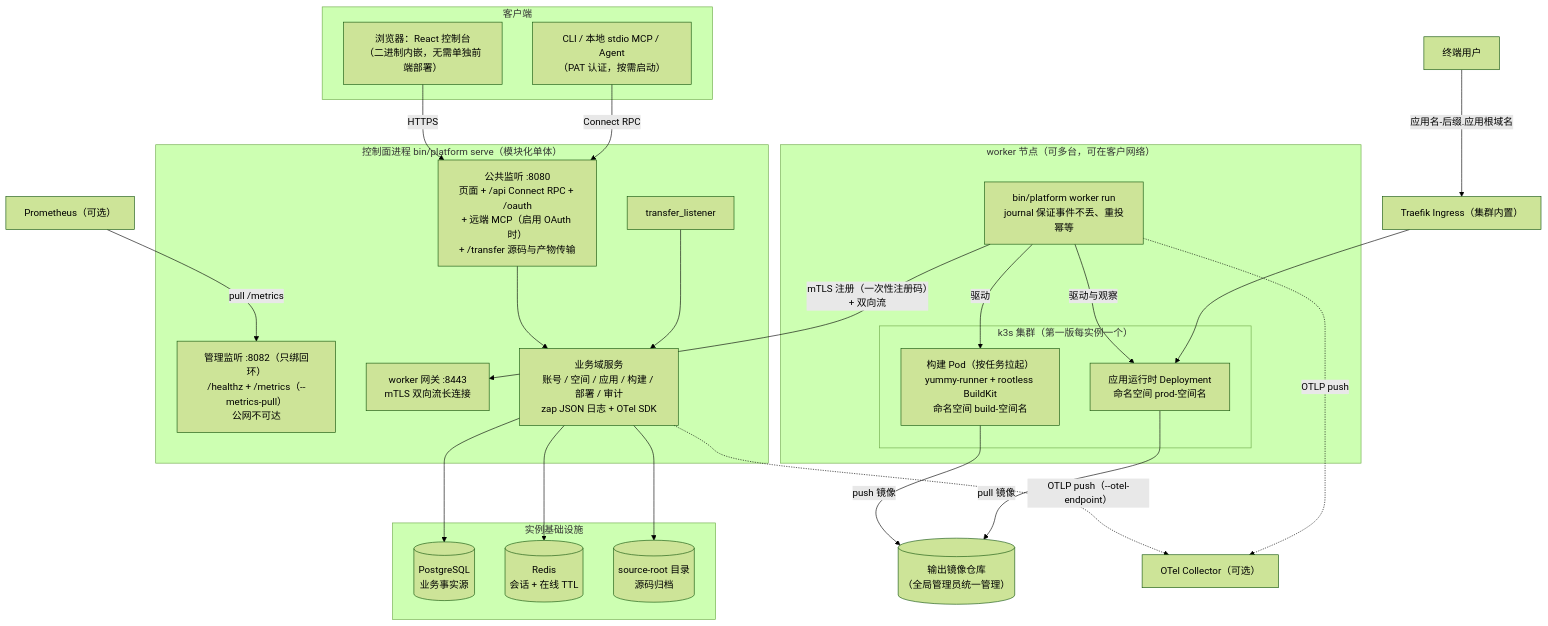
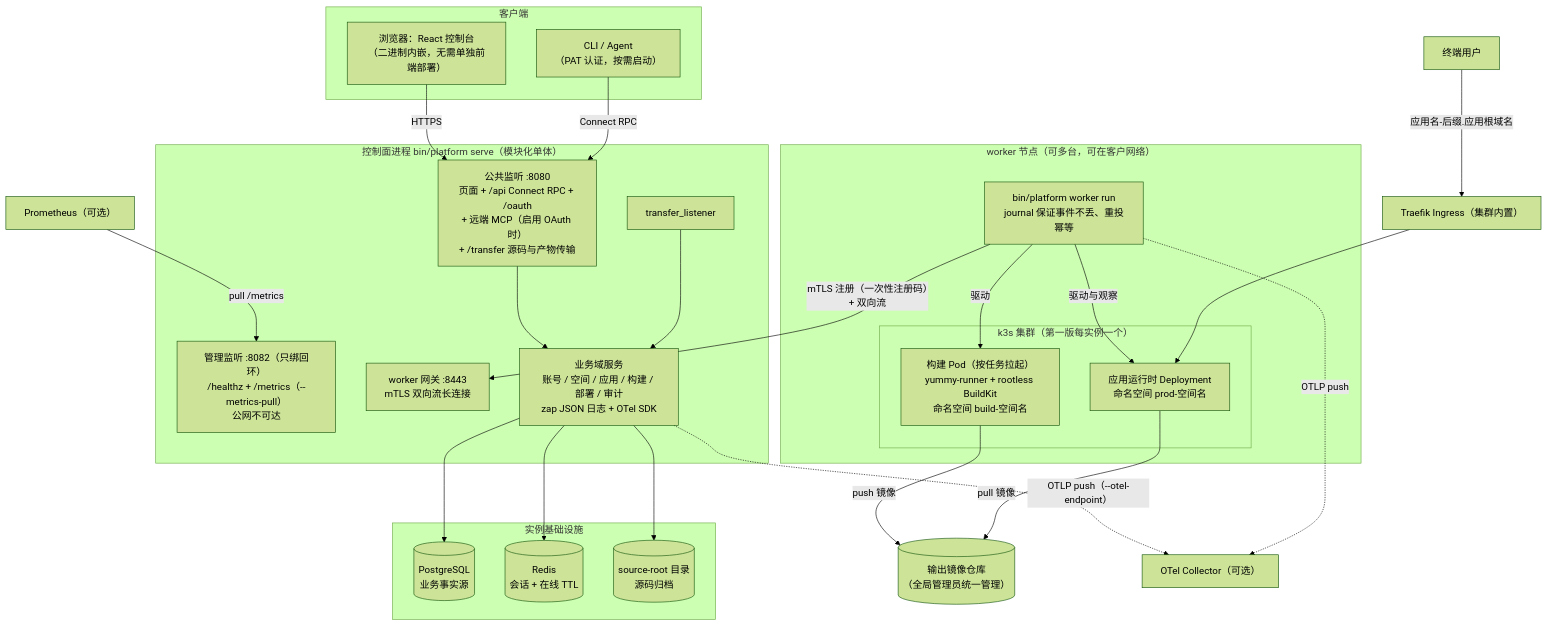
One commit to sunshanpeng/yummy changed the first of 2 diagrams in docs/architecture.md. Above: the diagram before and after it, drawn with Mermaid (forest theme). The commit also changed other lines of this file and 7 other files, not shown here.

First line of the commit message:
refactor: 退役本地 stdio MCP——Agent 接入收敛为 CLI 与远程 Streamable HTTP 二选一

````diff
--- a/docs/architecture.md
+++ b/docs/architecture.md
@@ -7,51 +7,51 @@
 ```mermaid
 flowchart TB
     subgraph clients["客户端"]
         browser["浏览器：React 控制台<br/>（二进制内嵌，无需单独前端部署）"]
-        agent["CLI / 本地 stdio MCP / Agent<br/>（PAT 认证，按需启动）"]
+        agent["CLI / Agent<br/>（PAT 认证，按需启动）"]
     end
 
     subgraph control["控制面进程 bin/platform serve（模块化单体）"]
         public_listener["公共监听 :8080<br/>页面 + /api Connect RPC + /oauth<br/>+ 远端 MCP（启用 OAuth 时）<br/>+ /transfer 源码与产物传输"]
         admin_listener["管理监听 :8082（只绑回环）<br/>/healthz + /metrics（--metrics-pull）<br/>公网不可达"]
         worker_listener["worker 网关 :8443<br/>mTLS 双向流长连接"]
         services["业务域服务<br/>账号 / 空间 / 应用 / 构建 / 部署 / 审计<br/>zap JSON 日志 + OTel SDK"]
         public_listener --> services
         transfer_listener --> services
     end
 
     subgraph instance_infra["实例基础设施"]
         pg[("PostgreSQL<br/>业务事实源")]
         redis[("Redis<br/>会话 + 在线 TTL")]
         sourcedir[("source-root 目录<br/>源码归档")]
     end
 
     subgraph worker_node["worker 节点（可多台，可在客户网络）"]
         workerproc["bin/platform worker run<br/>journal 保证事件不丢、重投幂等"]
         subgraph k3s["k3s 集群（第一版每实例一个）"]
             buildpod["构建 Pod（按任务拉起）<br/>yummy-runner + rootless BuildKit<br/>命名空间 build-空间名"]
             apprt["应用运行时 Deployment<br/>命名空间 prod-空间名"]
         end
     end
 
     registry[("输出镜像仓库<br/>（全局管理员统一管理）")]
     traefik["Traefik Ingress（集群内置）"]
     collector["OTel Collector（可选）"]
     prometheus["Prometheus（可选）"]
 
     browser -->|"HTTPS"| public_listener
     agent -->|"Connect RPC"| public_listener
     services --> pg
     services --> redis
     services --> sourcedir
     workerproc -->|"mTLS 注册（一次性注册码）+ 双向流"| worker_listener
     workerproc -->|"驱动"| buildpod
     workerproc -->|"驱动与观察"| apprt
     buildpod -->|"push 镜像"| registry
     apprt -->|"pull 镜像"| registry
     visitors["终端用户"] -->|"应用名-后缀.应用根域名"| traefik
     traefik --> apprt
     prometheus -->|"pull /metrics"| admin_listener
     services -.->|"OTLP push（--otel-endpoint）"| collector
     workerproc -.->|"OTLP push"| collector
 ```
````
